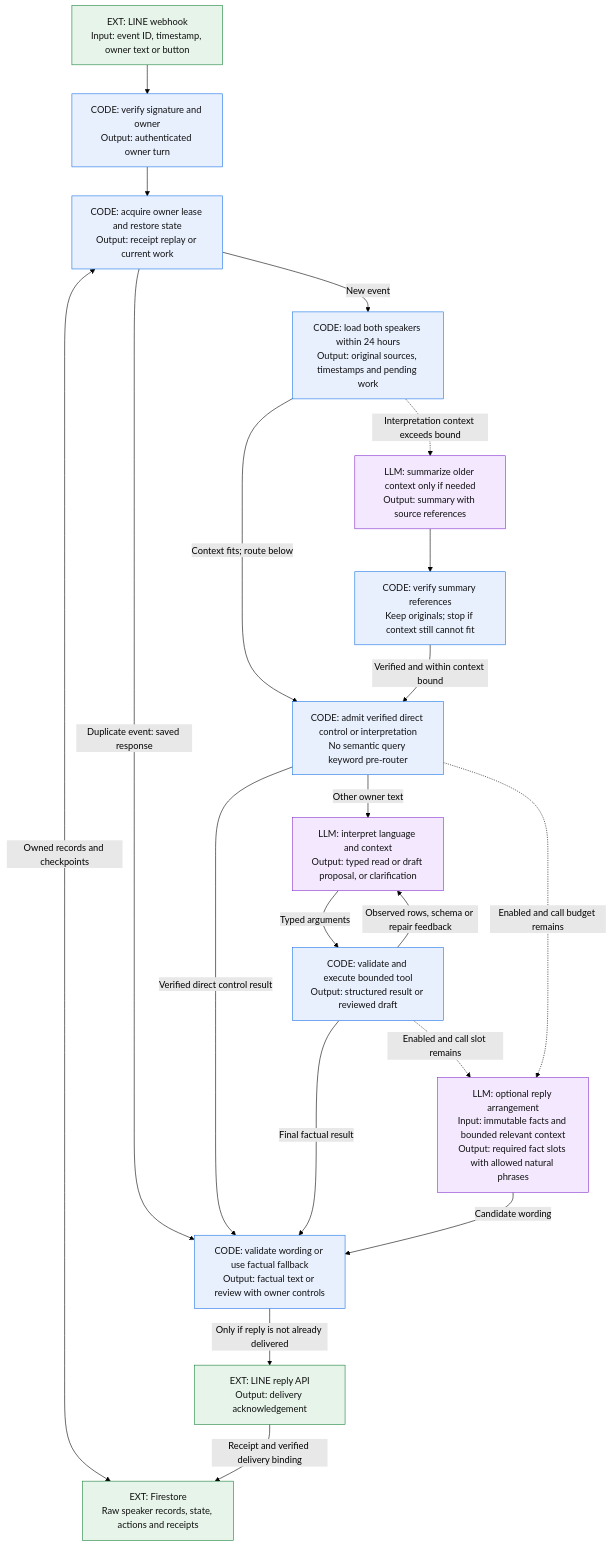
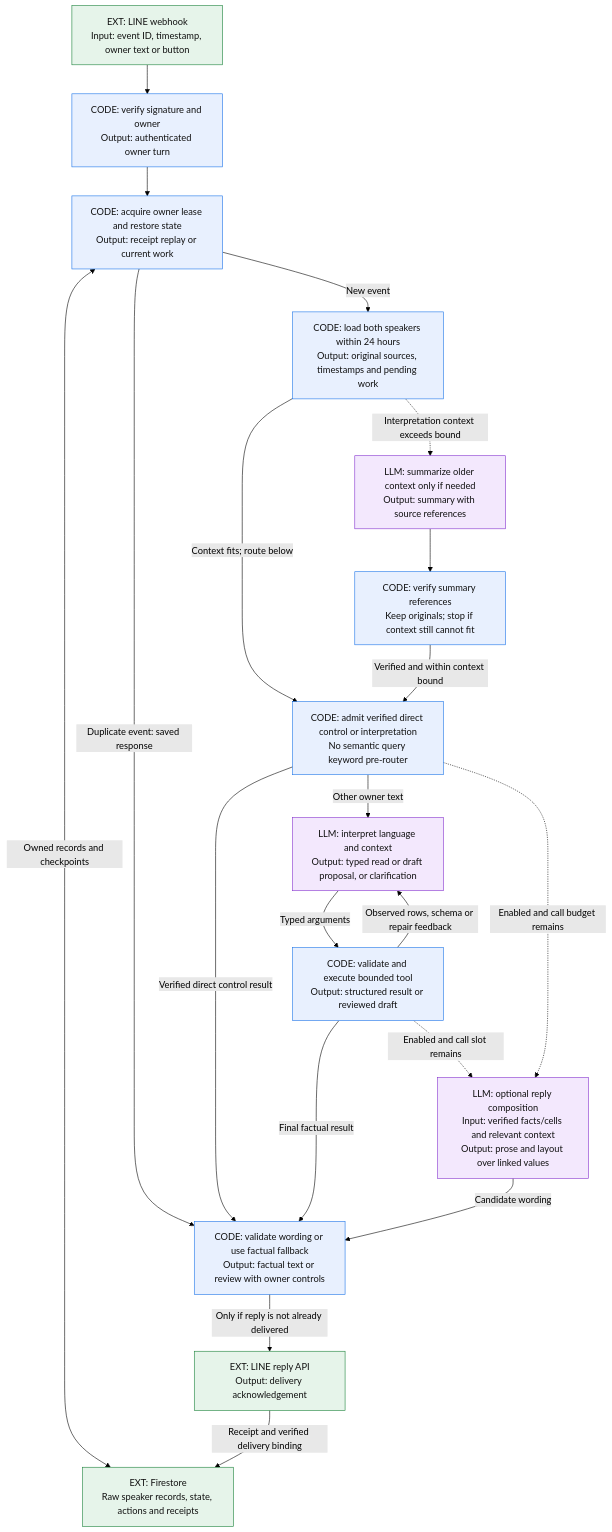
The first of 5 diagrams in docs/system-flow.md (thanaphatt1/line-personal-assistant), drawn with Mermaid (forest theme) before and after one commit. The commit also changed other lines of this file and 54 other files, not shown here.

````diff
--- a/docs/system-flow.md
+++ b/docs/system-flow.md
@@ -9,37 +9,37 @@
 ```mermaid
 flowchart TD
     Line["EXT: LINE webhook<br/>Input: event ID, timestamp, owner text or button"]:::ext
     Gate["CODE: verify signature and owner<br/>Output: authenticated owner turn"]:::code
     Load["CODE: acquire owner lease and restore state<br/>Output: receipt replay or current work"]:::code
     Store["EXT: Firestore<br/>Raw speaker records, state, actions and receipts"]:::ext
     Context["CODE: load both speakers within 24 hours<br/>Output: original sources, timestamps and pending work"]:::code
     Summary["LLM: summarize older context only if needed<br/>Output: summary with source references"]:::llm
     Check["CODE: verify summary references<br/>Keep originals; stop if context still cannot fit"]:::code
     Route["CODE: admit verified direct control or interpretation<br/>No semantic query keyword pre-router"]:::code
     Interpret["LLM: interpret language and context<br/>Output: typed read or draft proposal, or clarification"]:::llm
     Core["CODE: validate and execute bounded tool<br/>Output: structured result or reviewed draft"]:::code
-    Voice["LLM: optional reply arrangement<br/>Input: immutable facts and bounded relevant context<br/>Output: required fact slots with allowed natural phrases"]:::llm
+    Voice["LLM: optional reply composition<br/>Input: verified facts/cells and relevant context<br/>Output: prose and layout over linked values"]:::llm
     Reply["CODE: validate wording or use factual fallback<br/>Output: factual text or review with owner controls"]:::code
     Delivery["EXT: LINE reply API<br/>Output: delivery acknowledgement"]:::ext
     Line --> Gate --> Load
     Load <-->|"Owned records and checkpoints"| Store
     Load -->|"New event"| Context
     Load -->|"Duplicate event: saved response"| Reply
     Context -->|"Context fits; route below"| Route
     Context -.->|"Interpretation context exceeds bound"| Summary
     Summary --> Check
     Check -->|"Verified and within context bound"| Route
     Route -->|"Verified direct control result"| Reply
     Route -->|"Other owner text"| Interpret
     Interpret -->|"Typed arguments"| Core
     Core -->|"Final factual result"| Reply
     Core -->|"Observed rows, schema or repair feedback"| Interpret
     Core -.->|"Enabled and call slot remains"| Voice
     Route -.->|"Enabled and call budget remains"| Voice
     Voice -->|"Candidate wording"| Reply
     Reply -->|"Only if reply is not already delivered"| Delivery
     Delivery -->|"Receipt and verified delivery binding"| Store
     classDef code fill:#E8F0FE,stroke:#1A73E8,color:#111;
     classDef llm fill:#F3E8FD,stroke:#8430CE,color:#111;
     classDef ext fill:#E6F4EA,stroke:#188038,color:#111;
 ```
````
